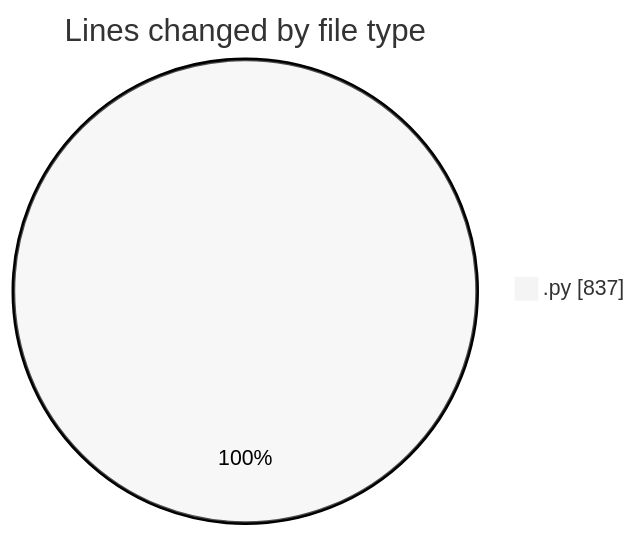
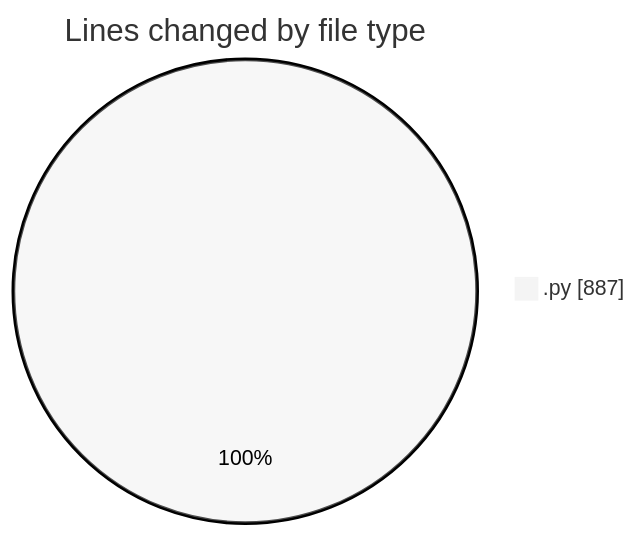
The first of 2 diagrams in 2025-01-12/myws__workspace_/README.md (MatusMokan/code-tracking), drawn with Mermaid (neutral theme) before and after one commit. The commit also changed other lines of this file and 1 other file, not shown here.

````diff
--- a/2025-01-12/myws__workspace_/README.md
+++ b/2025-01-12/myws__workspace_/README.md
@@ -22,5 +22,5 @@
 ```mermaid
 pie showData
 title Lines changed by file type
-".py" : 837
+".py" : 887
 ```
````
